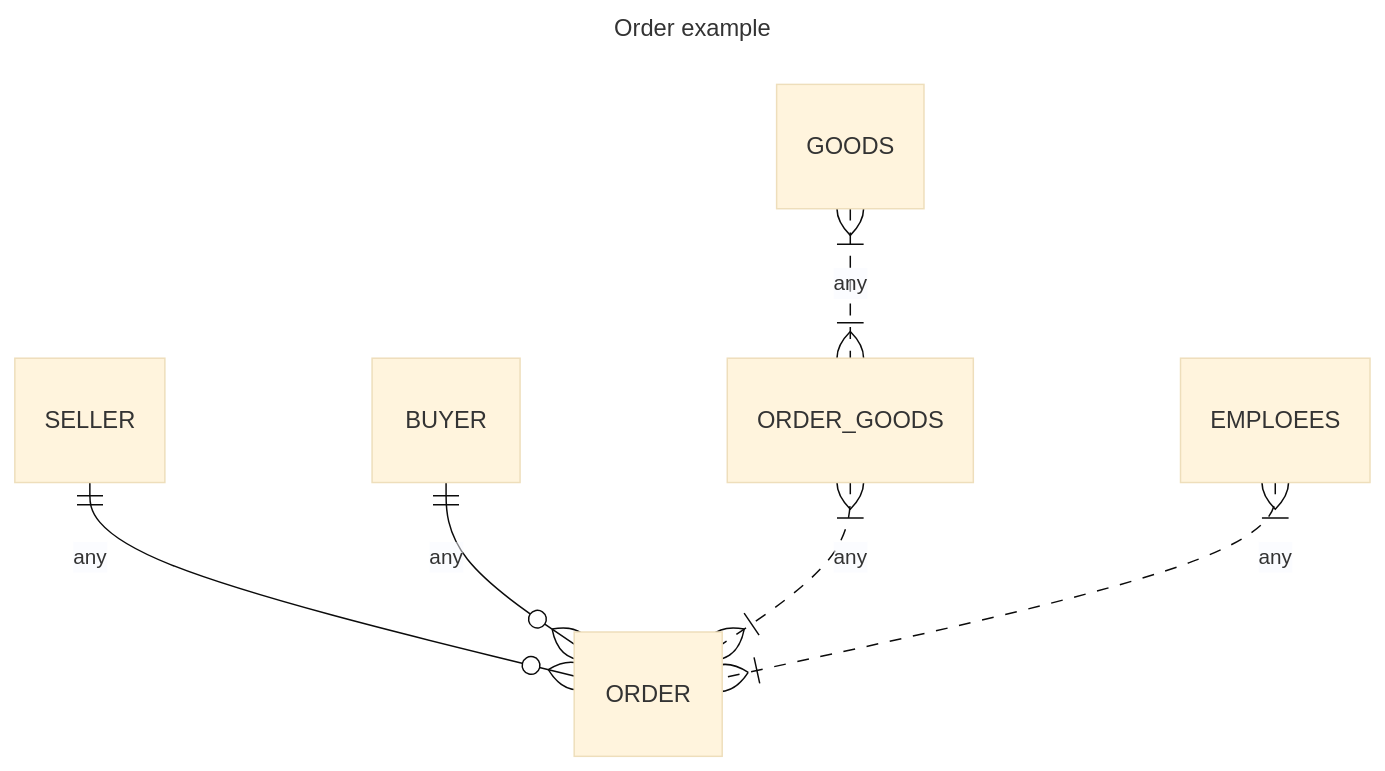
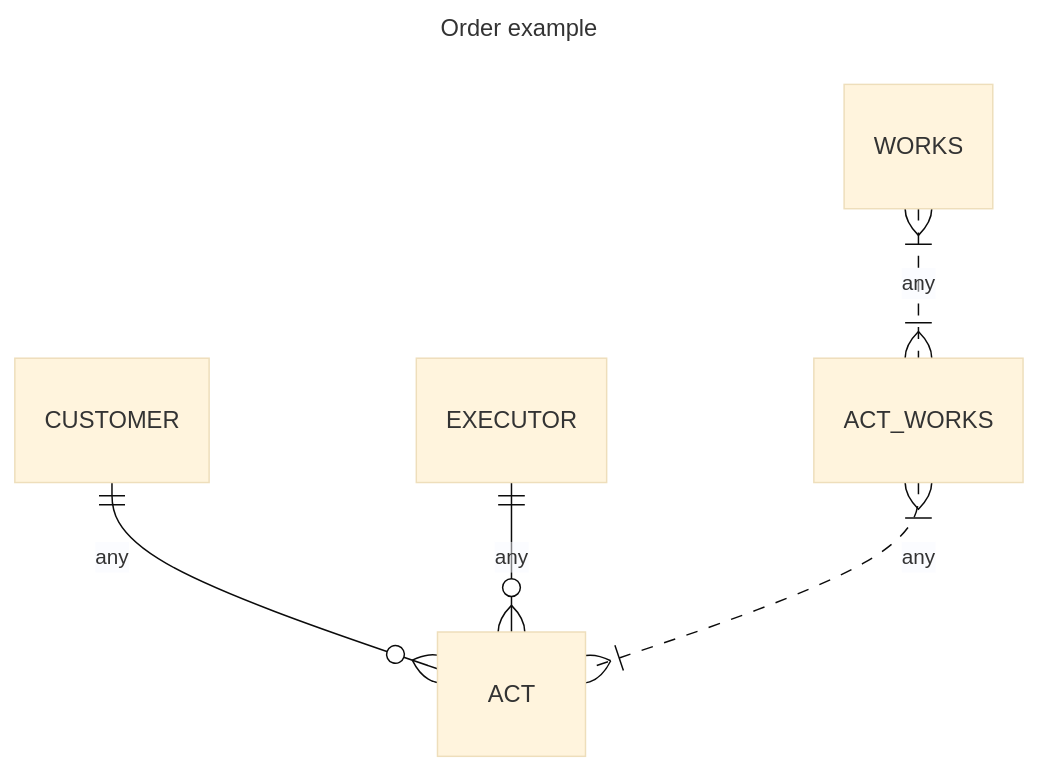
The diagram in README.md (CasCadeVR/Works), drawn with Mermaid (base theme) before and after one commit. The commit also changed other lines of this file, not shown here.

````diff
--- a/README.md
+++ b/README.md
@@ -6,11 +6,10 @@
 ```mermaid
 ---
 title: Order example
 ---
 erDiagram
-    SELLER ||--o{ ORDER: any
-    BUYER ||--o{ ORDER: any
-    GOODS }|..|{ ORDER_GOODS: any
-    ORDER_GOODS }|..|{ ORDER: any
-    EMPLOEES }|..|{ ORDER: any
+    CUSTOMER ||--o{ ACT: any
+    EXECUTOR ||--o{ ACT: any
+    WORKS }|..|{ ACT_WORKS: any
+    ACT_WORKS }|..|{ ACT: any
 ```
````
